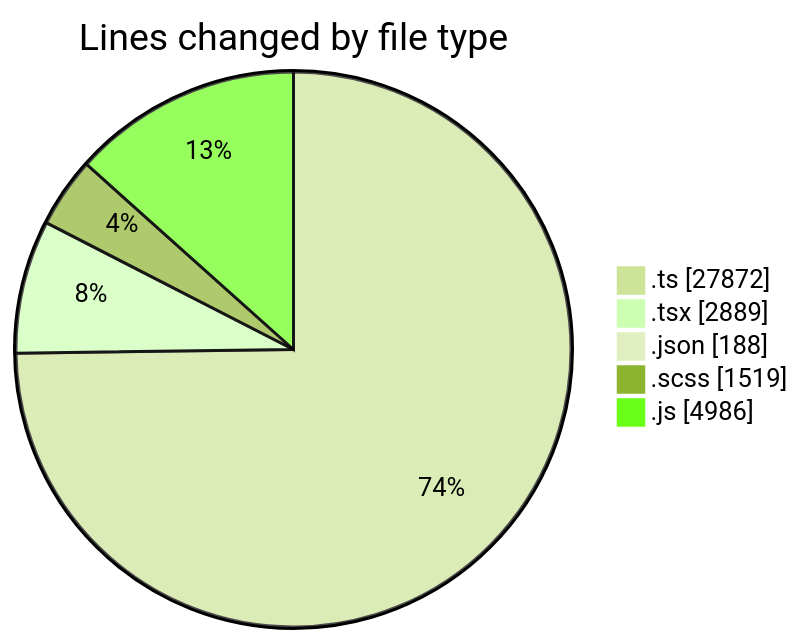
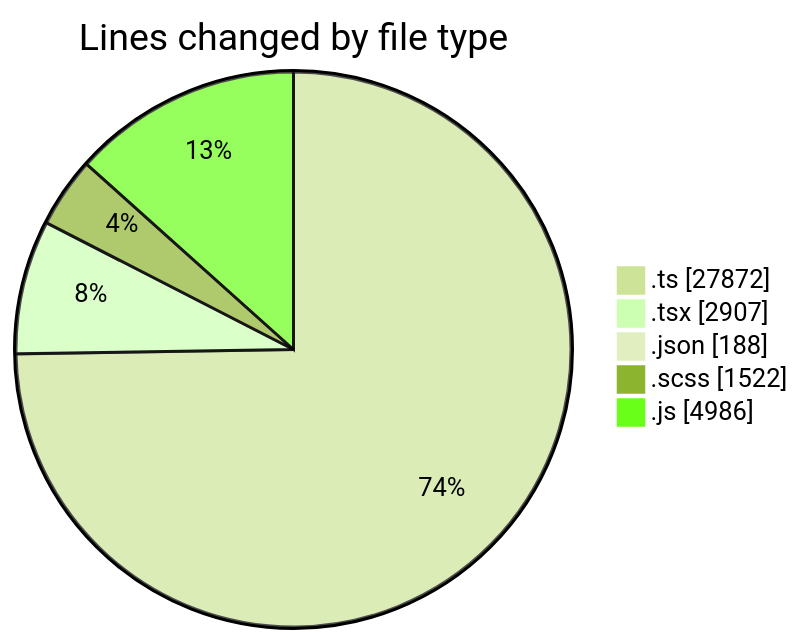
Before and after one commit to momahboobian/code-tracking: the first of 2 diagrams in 2026-05-07/cda/README.md, drawn with Mermaid (forest theme). The commit also changed other lines of this file and 1 other file, not shown here.

````diff
--- a/2026-05-07/cda/README.md
+++ b/2026-05-07/cda/README.md
@@ -53,9 +53,9 @@
 ```mermaid
 pie showData
 title Lines changed by file type
 ".ts" : 27872
-".tsx" : 2889
+".tsx" : 2907
 ".json" : 188
-".scss" : 1519
+".scss" : 1522
 ".js" : 4986
 ```
````
